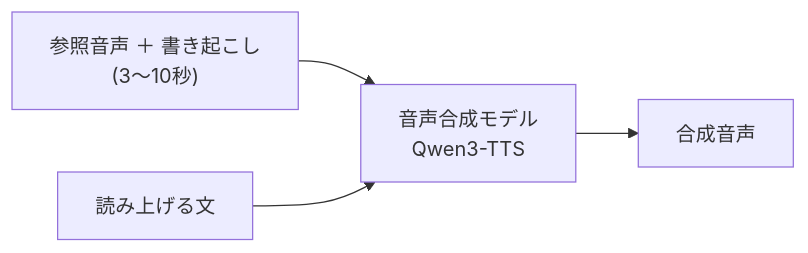
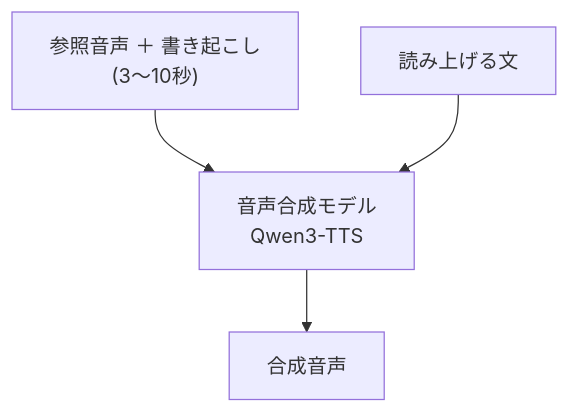
The first of 2 diagrams in README.md (mossan-hoshi/happy-collapse-maker), drawn with Mermaid before and after one commit. The commit also changed other lines of this file, not shown here.

Commit message:
docs: フロー図を縦向きにして操作UIとの重なりを避ける

````diff
--- a/README.md
+++ b/README.md
@@ -28,6 +28,8 @@
 ```mermaid
-flowchart LR
+%% **縦向き (TB)。**横向きだと図が右へ伸びて、GitHub の mermaid ビューアの
+%% 操作ボタン (右端に固定) と重なり、右端のノードが隠れる。
+flowchart TB
   N1["参照音声 ＋ 書き起こし<br/>(3〜10秒)"] --> NM["音声合成モデル<br/>Qwen3-TTS"]
   N2["読み上げる文"] --> NM
   NM --> NO["合成音声"]
 ```
````
